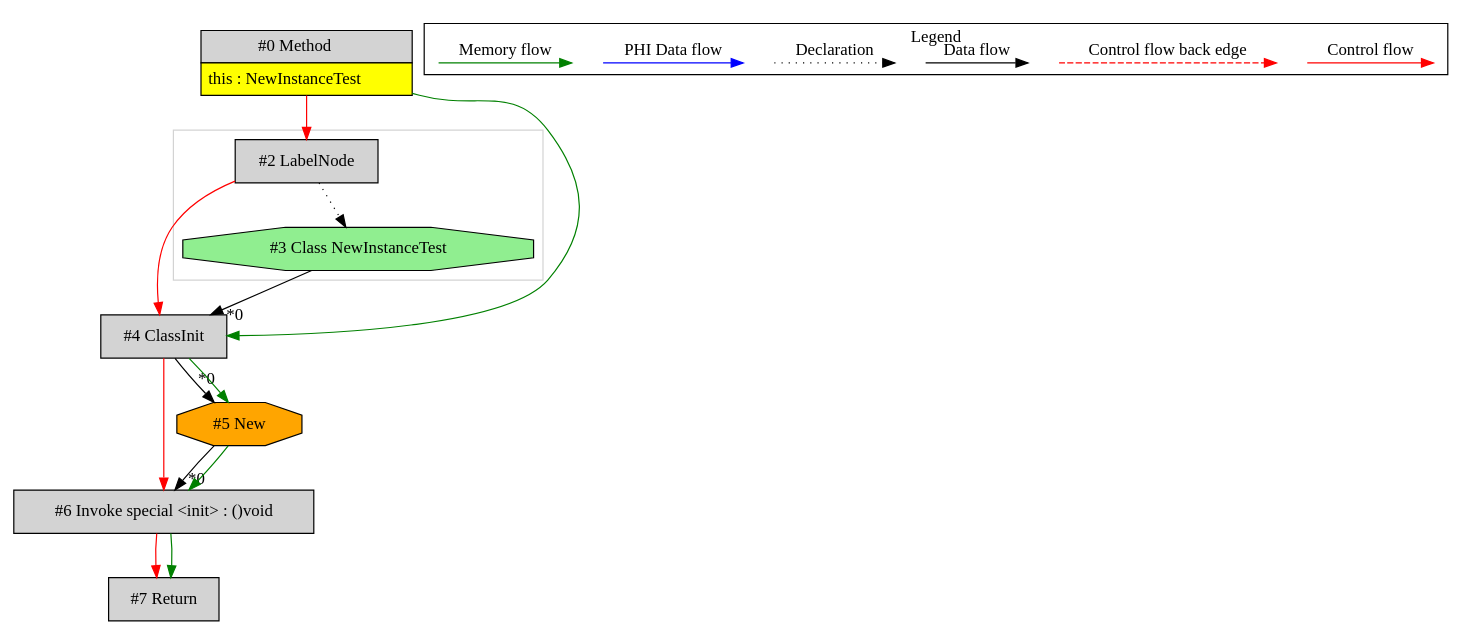
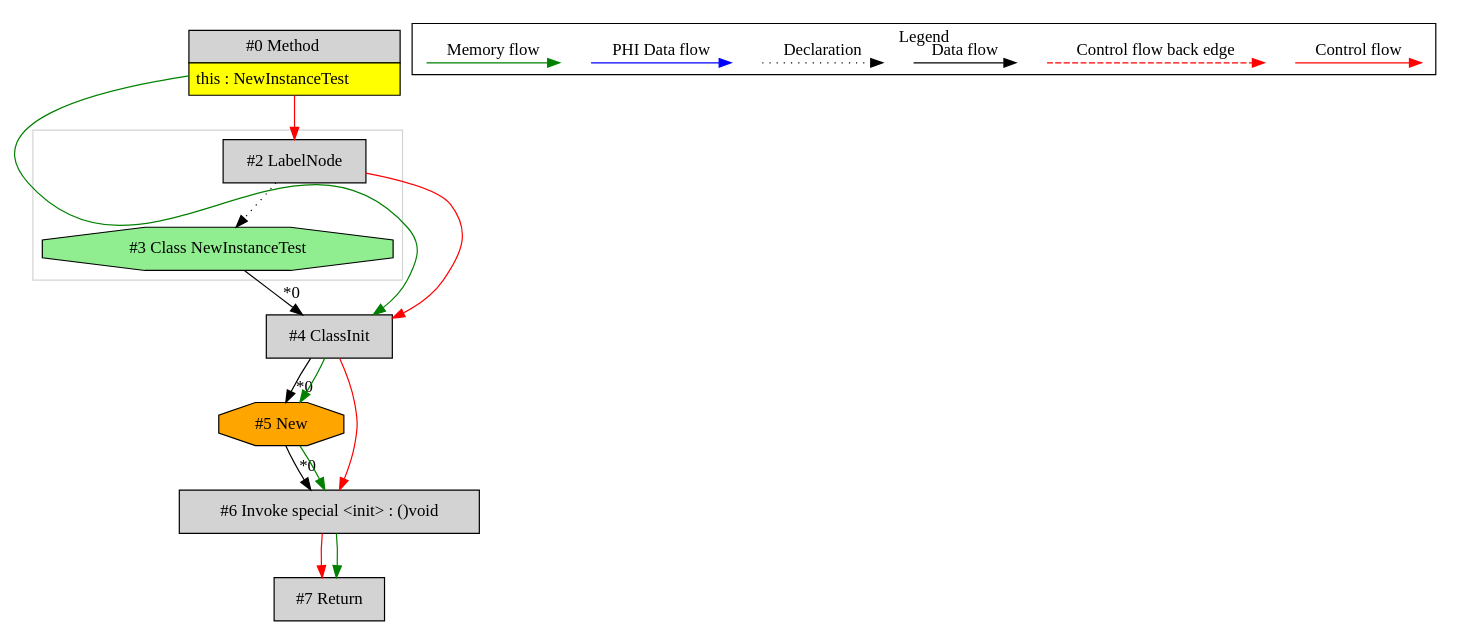
Before and after one commit to mirkosertic/MetaIR: the diagram in de.mirkosertic.metair.ir.examples.NewInstanceTest/newInstance/ir.dot, drawn with Graphviz. The commit also changed other lines of this file and 1230 other files, not shown here.

```diff
--- a/de.mirkosertic.metair.ir.examples.NewInstanceTest/newInstance/ir.dot
+++ b/de.mirkosertic.metair.ir.examples.NewInstanceTest/newInstance/ir.dot
@@ -1,53 +1,53 @@
 digraph {
  ordering="in";
  node0[margin="0", label=<<table border="0" cellborder="1" cellspacing="0" cellpadding="5"><tr><td colspan="1">#0 Method</td></tr><tr><td port="prj1" bgcolor="yellow">this : NewInstanceTest</td></tr></table>>,shape=none, fillcolor=lightgrey, style=filled];
- node2[label="#2 LabelNode",shape=box, fillcolor=lightgrey, style=filled];
- node0 -> node2[labeldistance=2, color=red, fontcolor=red];
  node4[label="#4 ClassInit",shape=box, fillcolor=lightgrey, style=filled];
  node3 -> node4[headlabel="*0", labeldistance=2];
  node2 -> node4[labeldistance=2, color=red, fontcolor=red];
  node0 -> node4[labeldistance=2, color=green, constraint=false];
+ node2[label="#2 LabelNode",shape=box, fillcolor=lightgrey, style=filled];
+ node0 -> node2[labeldistance=2, color=red, fontcolor=red];
  node3[label="#3 Class NewInstanceTest",shape=octagon, fillcolor=lightgreen, style=filled];
  node2 -> node3[style=dotted];
+ node5[label="#5 New",shape=octagon, fillcolor=orange, style=filled];
+ node4 -> node5[headlabel="*0", labeldistance=2];
+ node4 -> node5[labeldistance=2, color=green, constraint=false];
  node6[label="#6 Invoke special <init> : ()void",shape=box, fillcolor=lightgrey, style=filled];
  node5 -> node6[headlabel="*0", labeldistance=2];
  node4 -> node6[labeldistance=2, color=red, fontcolor=red];
  node5 -> node6[labeldistance=2, color=green, constraint=false];
- node5[label="#5 New",shape=octagon, fillcolor=orange, style=filled];
- node4 -> node5[headlabel="*0", labeldistance=2];
- node4 -> node5[labeldistance=2, color=green, constraint=false];
  node7[label="#7 Return",shape=box, fillcolor=lightgrey, style=filled];
  node6 -> node7[labeldistance=2, color=red, fontcolor=red];
  node6 -> node7[labeldistance=2, color=green, constraint=false];
  subgraph cluster_0 {
   color=lightgray;
   node2;
   node3;
  }
  subgraph cluster_000 {
   label = "Legend";
   node [shape=point]
   {
    rank=same;
    c0 [style = invis];
    c1 [style = invis];
    c2 [style = invis];
    c3 [style = invis];
    d0 [style = invis];
    d1 [style = invis];
    d2 [style = invis];
    d3 [style = invis];
    d4 [style = invis];
    d5 [style = invis];
    d6 [style = invis];
    d7 [style = invis];
   }
   c0 -> c1 [label="Control flow", style=solid, color=red]
   c2 -> c3 [label="Control flow back edge", style=dashed, color=red]
   d0 -> d1 [label="Data flow"]
   d2 -> d3 [label="Declaration", style=dotted]
   d4 -> d5 [label="PHI Data flow", color=blue]
   d6 -> d7 [label="Memory flow", color=green]
  }
 
 }
```
